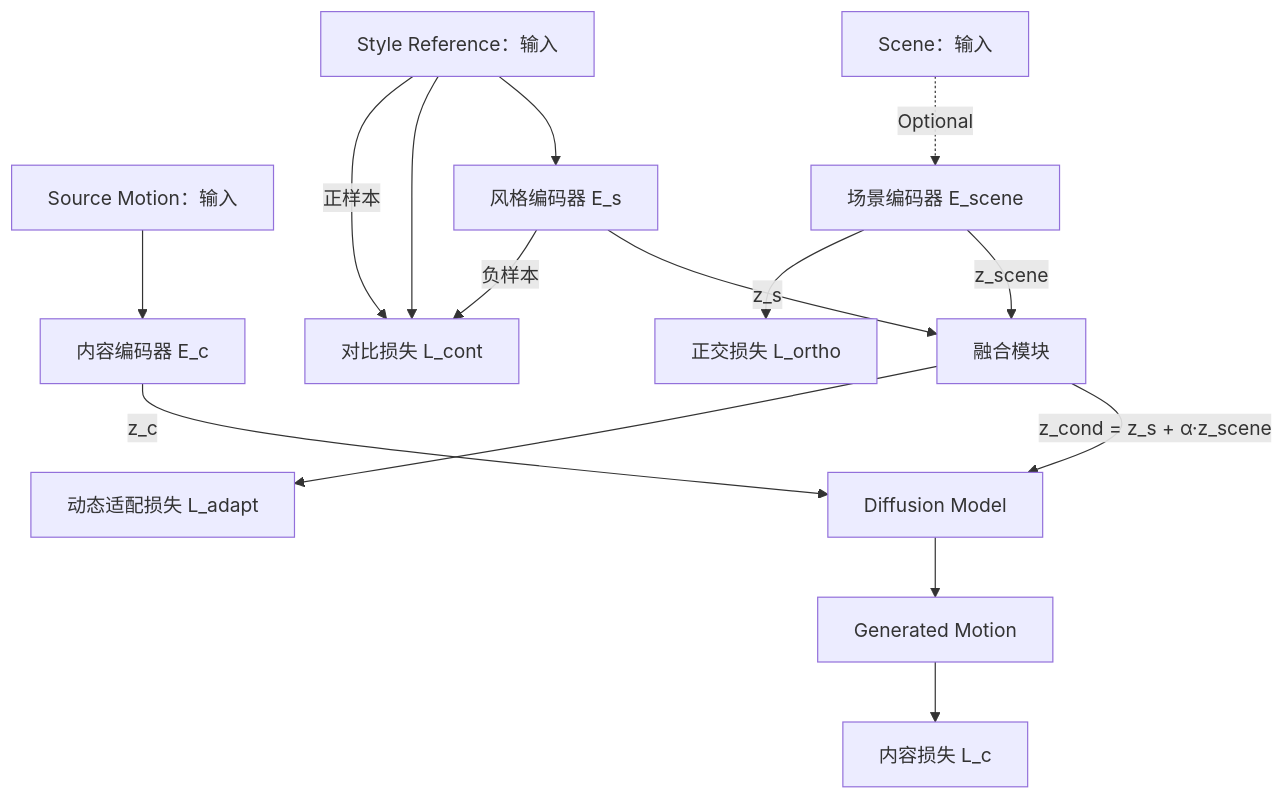
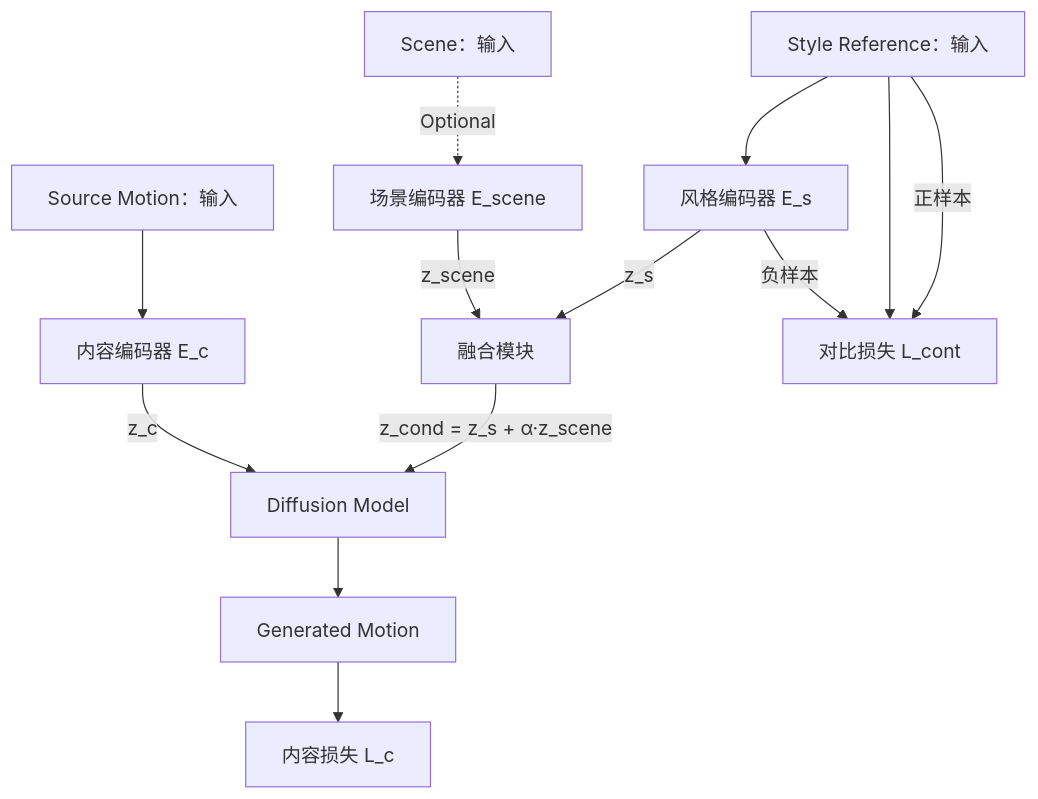
Before and after one commit to YYHHOrganization/PrepareForWorkNotes: the second of 3 diagrams in AI/动作生成/创新点探究/风格迁移论文架构.md, drawn with Mermaid. The commit also changed other lines of this file and 9 other files, not shown here.

````diff
--- a/AI/动作生成/创新点探究/风格迁移论文架构.md
+++ b/AI/动作生成/创新点探究/风格迁移论文架构.md
@@ -70,27 +110,27 @@
 ```mermaid
 %% 网络架构图
 graph TD
     %% 输入层
     A[Source Motion：输入] --> B[内容编码器 E_c]
     C[Style Reference：输入] --> D[风格编码器 E_s]
     E[Scene：输入] -.->|Optional| F[场景编码器 E_scene]
 
     %% 编码与融合
     B -->|z_c| G[Diffusion Model]
     D -->|z_s| H[融合模块]
     F -->|z_scene| H
     H -->|z_cond = z_s + α·z_scene| G
 
     %% 输出与损失
     G --> I[Generated Motion]
     I --> J[内容损失 L_c]
     C --> K[对比损失 L_cont]
     D -->|负样本| K
     C -->|正样本| K
-    F --> L[正交损失 L_ortho]
-    H --> M[动态适配损失 L_adapt]
+
+    
 
     %% 样式调整
     %% style E stroke-dasharray: 5 5  // 可选场景虚线表示
           
 ```
````
